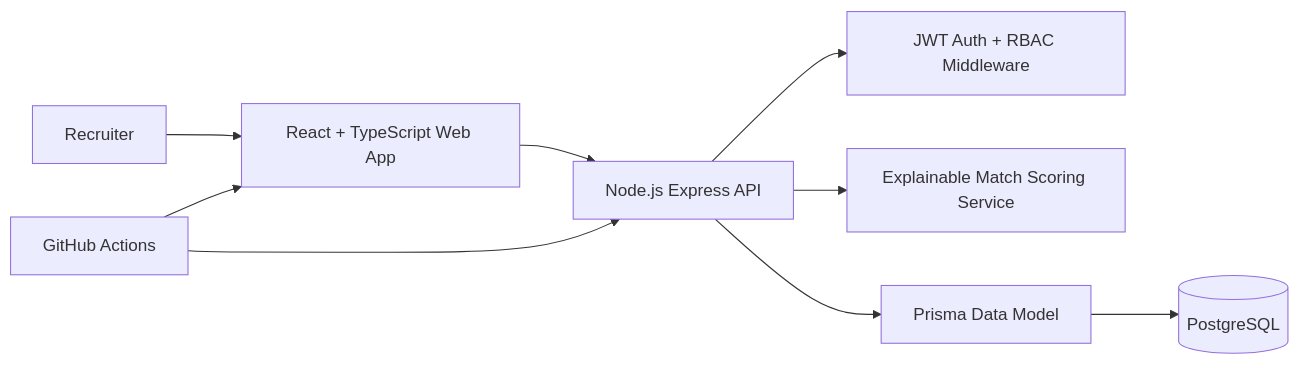
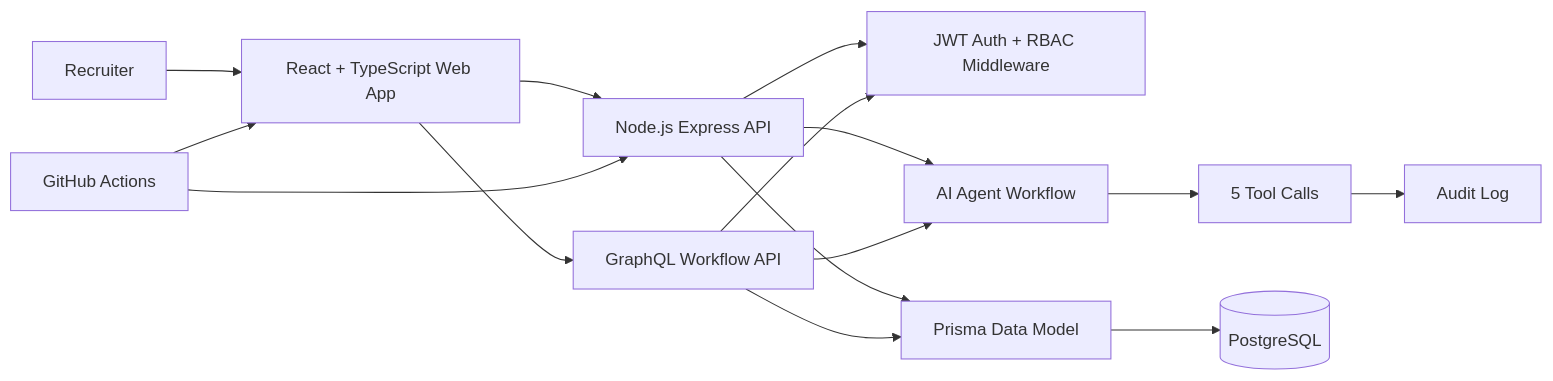
The first of 2 diagrams in README.md (srvshti/recruitops-ai), drawn with Mermaid before and after one commit. The commit also changed other lines of this file and 16 other files, not shown here.

Commit message:
Upgrade RecruitOps AI agent workflow

````diff
--- a/README.md
+++ b/README.md
@@ -32,20 +36,29 @@
 ```mermaid
 flowchart LR
     recruiter["Recruiter"]
     web["React + TypeScript Web App"]
     api["Node.js Express API"]
+    gql["GraphQL Workflow API"]
     auth["JWT Auth + RBAC Middleware"]
-    scoring["Explainable Match Scoring Service"]
+    agent["AI Agent Workflow"]
+    tools["5 Tool Calls"]
+    audit["Audit Log"]
     prisma["Prisma Data Model"]
     db[("PostgreSQL")]
     ci["GitHub Actions"]
 
     recruiter --> web
     web --> api
+    web --> gql
     api --> auth
-    api --> scoring
+    gql --> auth
+    api --> agent
+    gql --> agent
+    agent --> tools
+    tools --> audit
     api --> prisma
+    gql --> prisma
     prisma --> db
     ci --> web
     ci --> api
 ```
````
